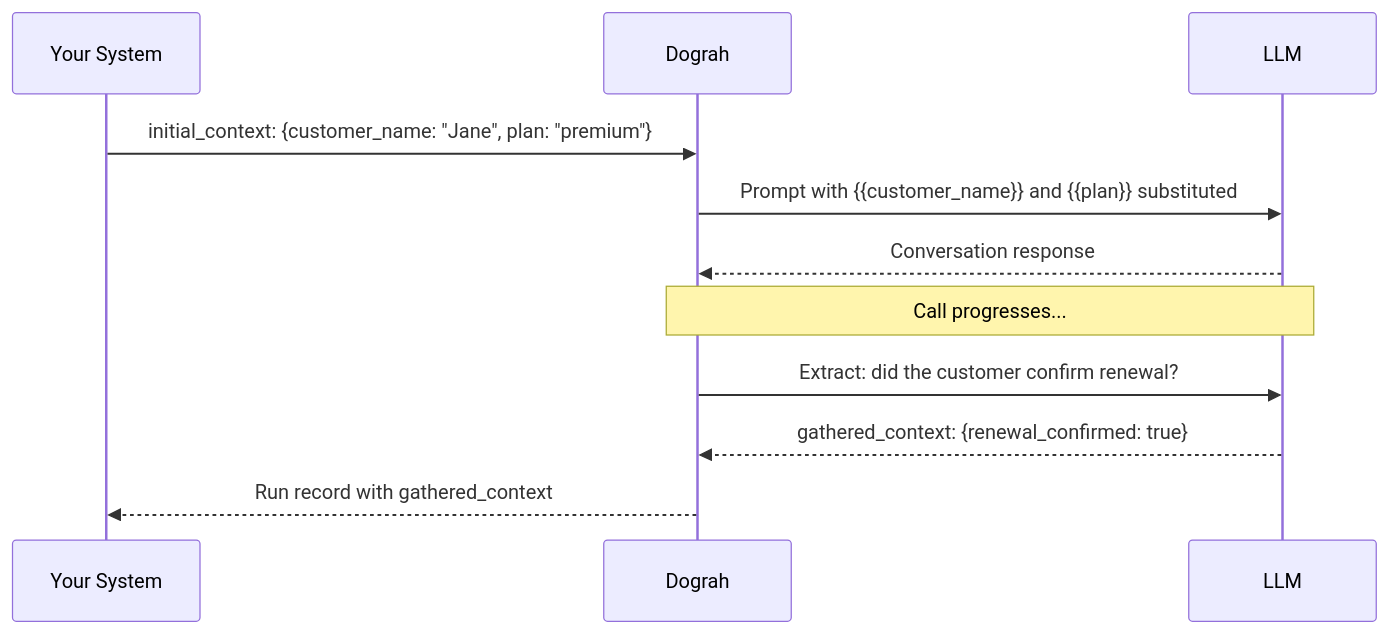
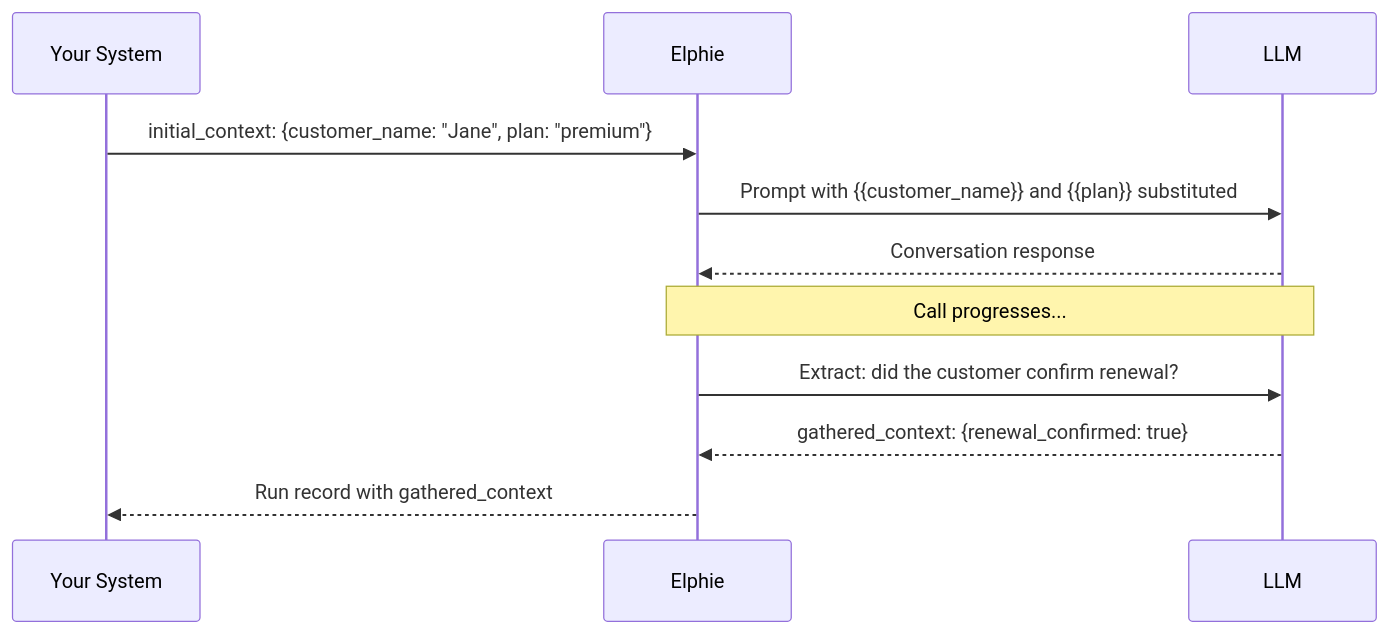
Before and after one commit to theshreyanshsingh/Elphie: the diagram in docs/core-concepts/context-and-variables.mdx, drawn with Mermaid. The commit also changed other lines of this file and 429 other files, not shown here.

````diff
--- a/docs/core-concepts/context-and-variables.mdx
+++ b/docs/core-concepts/context-and-variables.mdx
@@ -100,14 +100,14 @@
 ```mermaid
 sequenceDiagram
     participant App as Your System
-    participant Dog as Dograh
+    participant Dog as Elphie
     participant LLM as LLM
 
     App->>Dog: initial_context: {customer_name: "Jane", plan: "premium"}
     Dog->>LLM: Prompt with {{customer_name}} and {{plan}} substituted
     LLM-->>Dog: Conversation response
     Note over Dog,LLM: Call progresses...
     Dog->>LLM: Extract: did the customer confirm renewal?
     LLM-->>Dog: gathered_context: {renewal_confirmed: true}
     Dog-->>App: Run record with gathered_context
 ```
````
